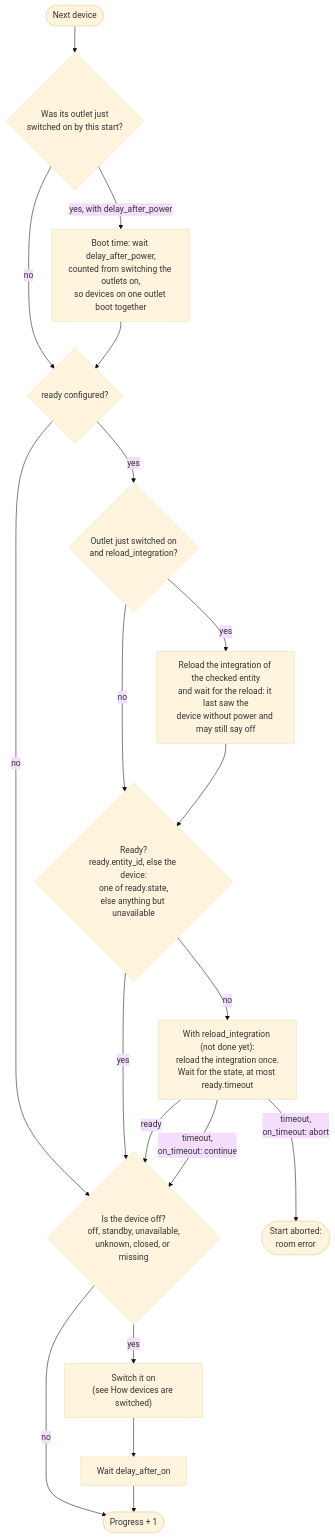
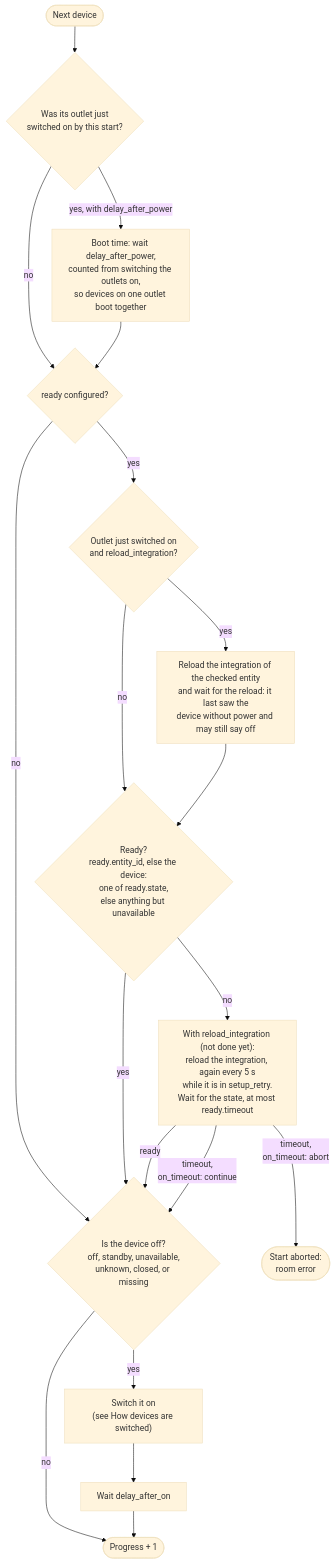
Before and after one commit to mkshb/hass-av-scenes: the fourth of 8 diagrams in ACTIVITY_FLOW.md, drawn with Mermaid (base theme). The commit also changed 6 other files, not shown here.

First line of the commit message:
Reload an integration again while it stays in setup_retry

````diff
--- a/ACTIVITY_FLOW.md
+++ b/ACTIVITY_FLOW.md
@@ -103,22 +103,22 @@
 ```mermaid
 flowchart TD
     d0(["Next device"]) --> d1{"Was its outlet just<br/>switched on by this start?"}
     d1 -- "yes, with delay_after_power" --> d2["Boot time: wait delay_after_power,<br/>counted from switching the outlets on,<br/>so devices on one outlet boot together"]
     d1 -- no --> r0
     d2 --> r0{"ready configured?"}
     r0 -- no --> o1
     r0 -- yes --> r1{"Outlet just switched on<br/>and reload_integration?"}
     r1 -- yes --> r2["Reload the integration of the checked entity<br/>and wait for the reload: it last saw the<br/>device without power and may still say off"]
     r1 -- no --> r3
     r2 --> r3{"Ready?<br/>ready.entity_id, else the device:<br/>one of ready.state,<br/>else anything but unavailable"}
     r3 -- yes --> o1
-    r3 -- no --> r4["With reload_integration (not done yet):<br/>reload the integration once.<br/>Wait for the state, at most ready.timeout"]
+    r3 -- no --> r4["With reload_integration (not done yet):<br/>reload the integration, again every 5 s<br/>while it is in setup_retry.<br/>Wait for the state, at most ready.timeout"]
     r4 -- ready --> o1
     r4 -- "timeout,<br/>on_timeout: continue" --> o1
     r4 -- "timeout,<br/>on_timeout: abort" --> err(["Start aborted:<br/>room error"])
     o1{"Is the device off?<br/>off, standby, unavailable,<br/>unknown, closed, or missing"}
     o1 -- no --> devdone
     o1 -- yes --> o2["Switch it on<br/>(see How devices are switched)"]
     o2 --> o3["Wait delay_after_on"]
     o3 --> devdone(["Progress + 1"])
 ```
````
